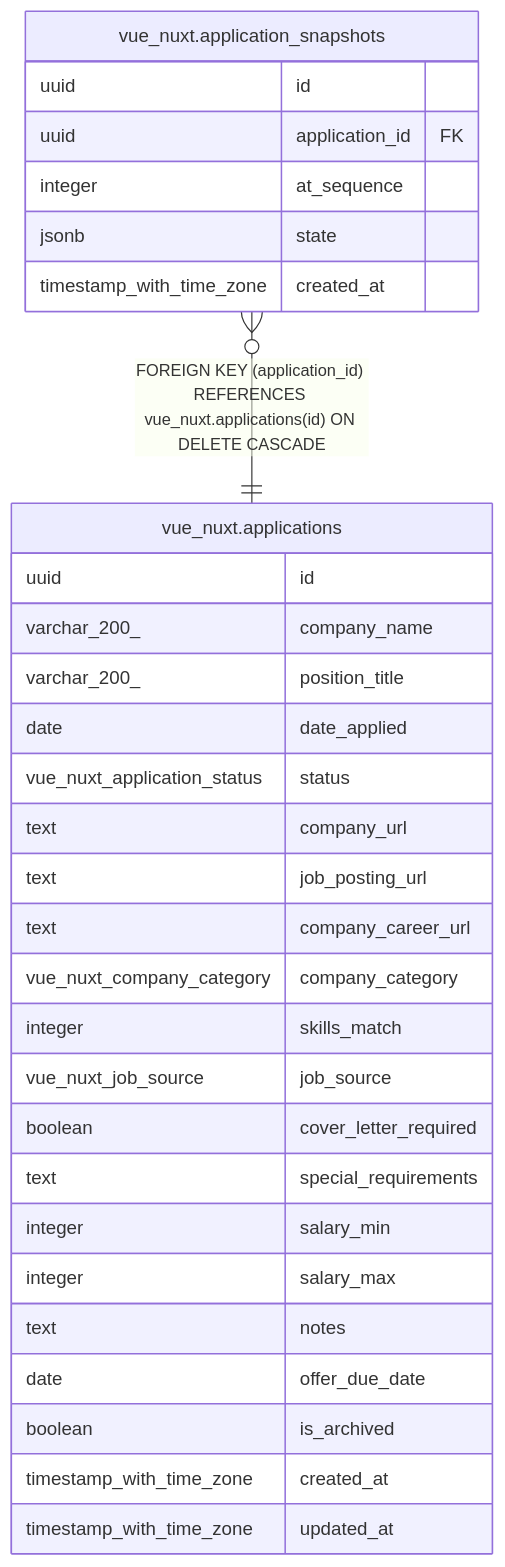
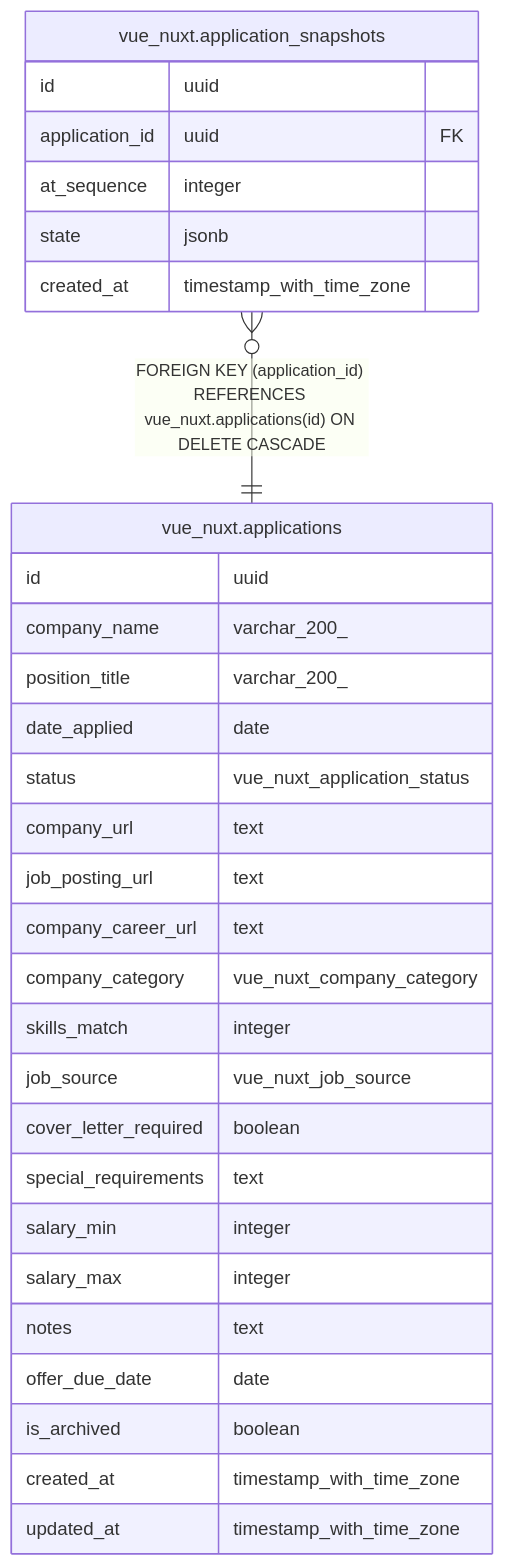
Before and after one commit to WhatIfWeDigDeeper/application-tracker: the diagram in docs/schema/vue-nuxt/vue_nuxt.application_snapshots.md, drawn with Mermaid. The commit also changed 14 other files, not shown here.

First line of the commit message:
fix: swap column order in ERD diagrams to show name before type

````diff
--- a/docs/schema/vue-nuxt/vue_nuxt.application_snapshots.md
+++ b/docs/schema/vue-nuxt/vue_nuxt.application_snapshots.md
@@ -37,35 +37,35 @@
 ```mermaid
 erDiagram
 
 "vue_nuxt.application_snapshots" }o--|| "vue_nuxt.applications" : "FOREIGN KEY (application_id) REFERENCES vue_nuxt.applications(id) ON DELETE CASCADE"
 
 "vue_nuxt.application_snapshots" {
-  uuid id
-  uuid application_id FK
-  integer at_sequence
-  jsonb state
-  timestamp_with_time_zone created_at
+  id uuid
+  application_id uuid FK
+  at_sequence integer
+  state jsonb
+  created_at timestamp_with_time_zone
 }
 "vue_nuxt.applications" {
-  uuid id
-  varchar_200_ company_name
-  varchar_200_ position_title
-  date date_applied
-  vue_nuxt_application_status status
-  text company_url
-  text job_posting_url
-  text company_career_url
-  vue_nuxt_company_category company_category
-  integer skills_match
-  vue_nuxt_job_source job_source
-  boolean cover_letter_required
-  text special_requirements
-  integer salary_min
-  integer salary_max
-  text notes
-  date offer_due_date
-  boolean is_archived
-  timestamp_with_time_zone created_at
-  timestamp_with_time_zone updated_at
+  id uuid
+  company_name varchar_200_
+  position_title varchar_200_
+  date_applied date
+  status vue_nuxt_application_status
+  company_url text
+  job_posting_url text
+  company_career_url text
+  company_category vue_nuxt_company_category
+  skills_match integer
+  job_source vue_nuxt_job_source
+  cover_letter_required boolean
+  special_requirements text
+  salary_min integer
+  salary_max integer
+  notes text
+  offer_due_date date
+  is_archived boolean
+  created_at timestamp_with_time_zone
+  updated_at timestamp_with_time_zone
 }
 ```
````
